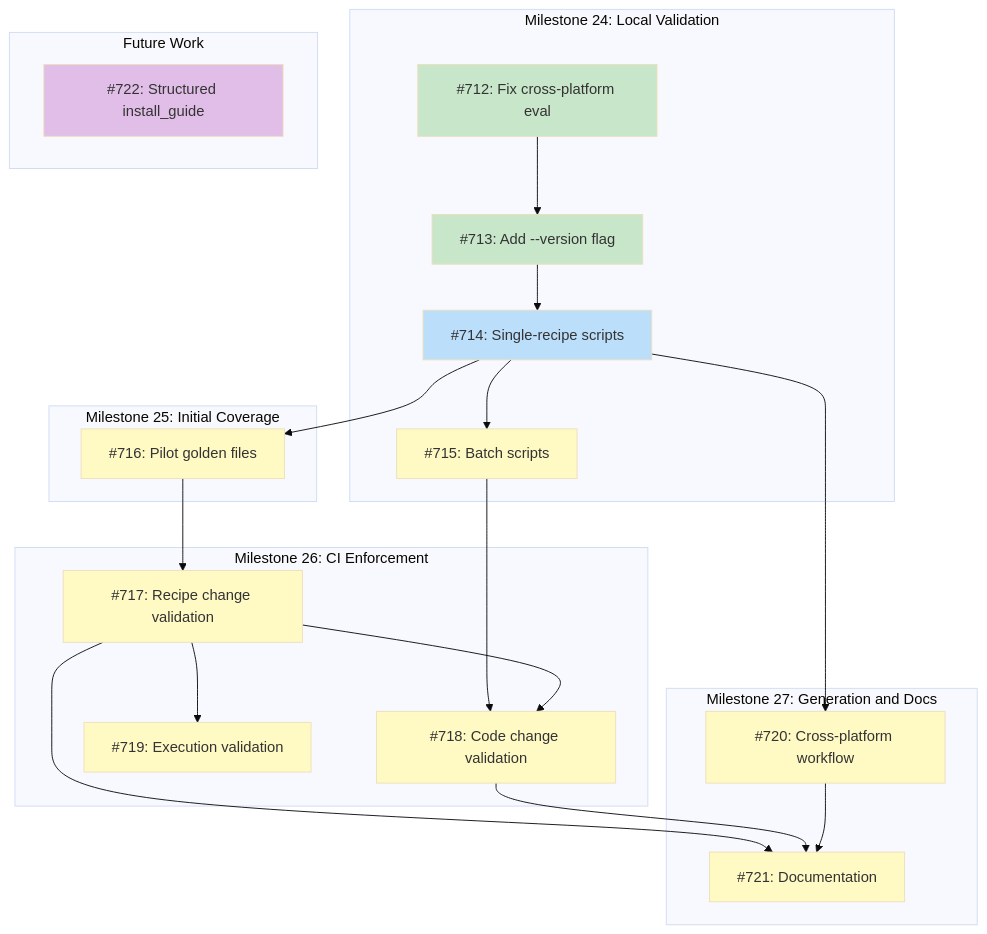
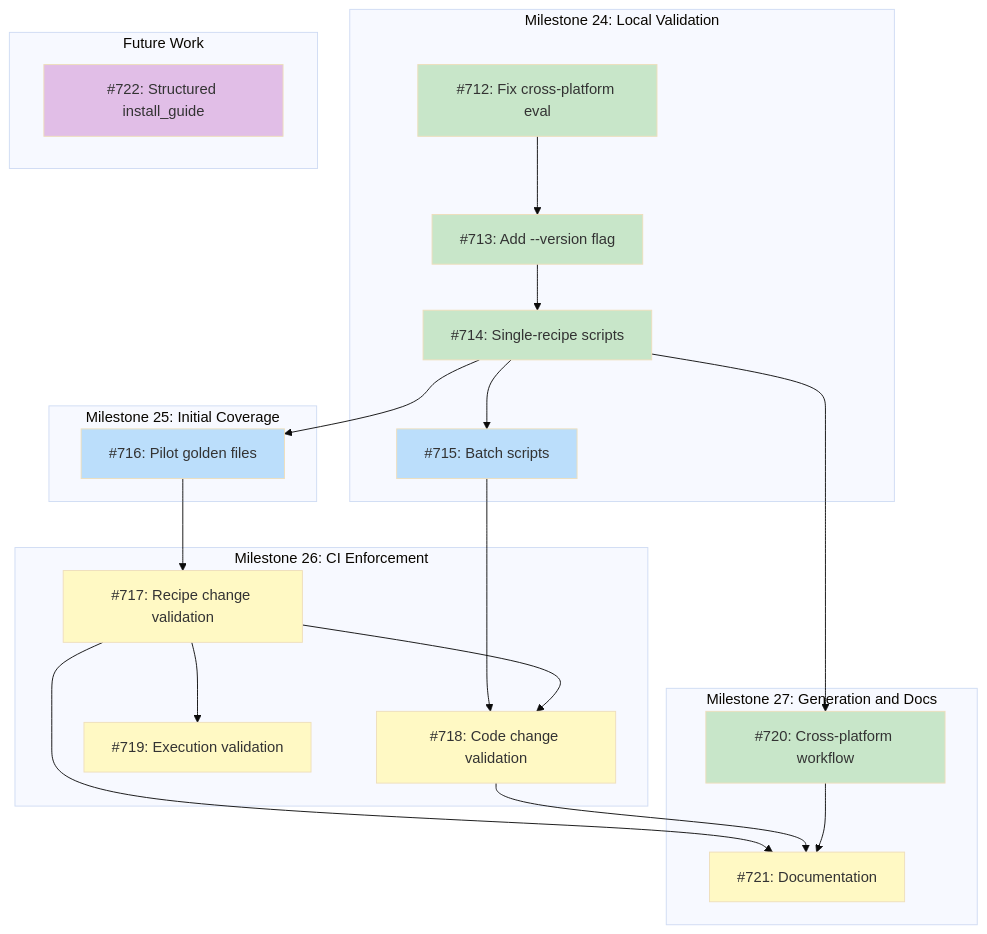
One commit to tsukumogami/tsuku changed the diagram in docs/DESIGN-golden-plan-testing.md. Above: the diagram before and after it, drawn with Mermaid (base theme). The commit also changed 2 other files, not shown here.

Commit message:
ci(golden): add cross-platform generation workflow (#733)
Add workflow_dispatch workflow for generating golden files across all
supported platforms. The workflow runs a matrix job on ubuntu-latest,
macos-14, and macos-15-intel, generates platform-specific golden files
using regenerate-golden.sh, and optionally commits results back to the
branch. Also adds workflow_call trigger for programmatic invocation and
documents the golden file testing workflow in CONTRIBUTING.md.

````diff
--- a/docs/DESIGN-golden-plan-testing.md
+++ b/docs/DESIGN-golden-plan-testing.md
@@ -47,51 +47,51 @@
 ```mermaid
 graph TD
     subgraph M24["Milestone 24: Local Validation"]
         I712["#712: Fix cross-platform eval"]
         I713["#713: Add --version flag"]
         I714["#714: Single-recipe scripts"]
         I715["#715: Batch scripts"]
     end
 
     subgraph M25["Milestone 25: Initial Coverage"]
         I716["#716: Pilot golden files"]
     end
 
     subgraph M26["Milestone 26: CI Enforcement"]
         I717["#717: Recipe change validation"]
         I718["#718: Code change validation"]
         I719["#719: Execution validation"]
     end
 
     subgraph M27["Milestone 27: Generation and Docs"]
         I720["#720: Cross-platform workflow"]
         I721["#721: Documentation"]
     end
 
     subgraph Future["Future Work"]
         I722["#722: Structured install_guide"]
     end
 
     I712 --> I713
     I713 --> I714
     I714 --> I715
     I714 --> I716
     I714 --> I720
     I716 --> I717
     I715 --> I718
     I717 --> I718
     I717 --> I719
     I717 --> I721
     I718 --> I721
     I720 --> I721
 
     classDef done fill:#c8e6c9
     classDef ready fill:#bbdefb
     classDef blocked fill:#fff9c4
     classDef needsDesign fill:#e1bee7
 
-    class I712,I713 done
-    class I714 ready
-    class I715,I716,I717,I718,I719,I720,I721 blocked
+    class I712,I713,I714,I720 done
+    class I715,I716 ready
+    class I717,I718,I719,I721 blocked
     class I722 needsDesign
 ```
````
